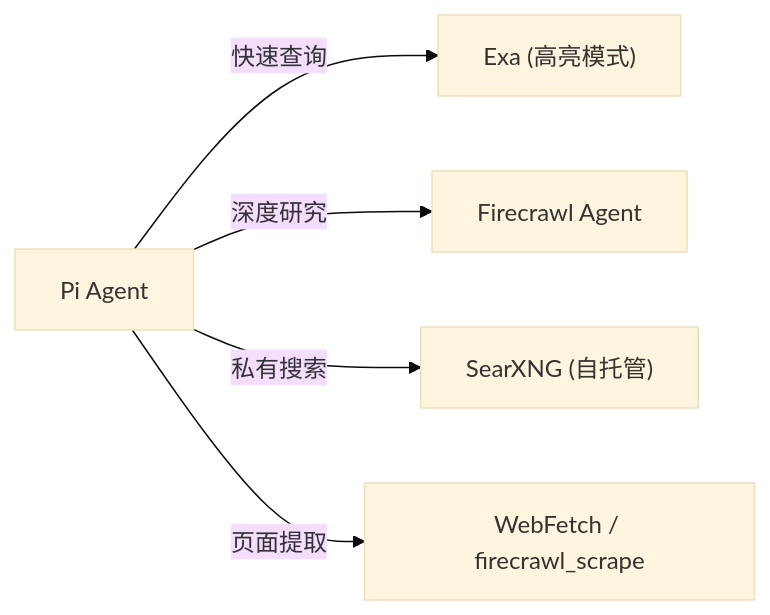
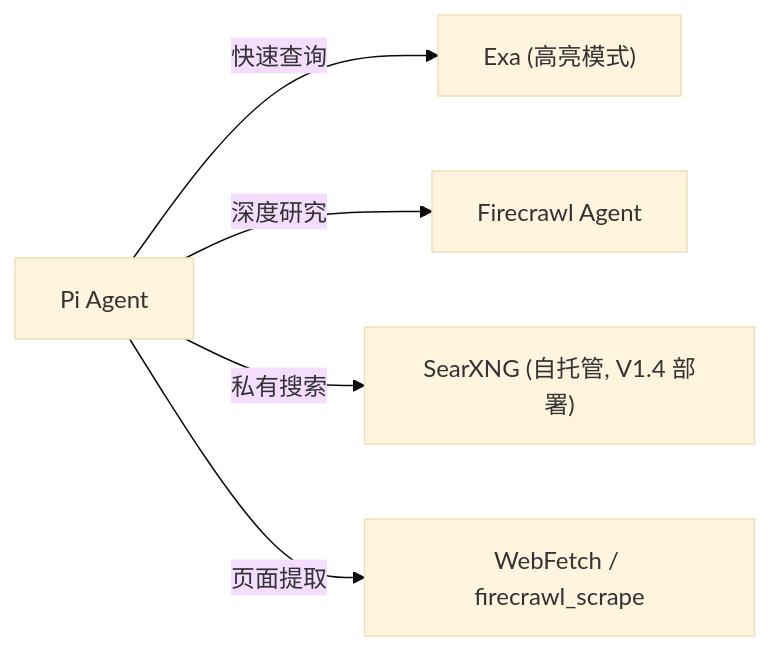
One commit to int2t05/Cognik changed the seventh of 9 diagrams in docs/ROADMAP.md. Above: the diagram before and after it, drawn with Mermaid (base theme). The commit also changed other lines of this file and 79 other files, not shown here.

First line of the commit message:
docs: ROADMAP 细化 V1.1-V1.4 版本规划 (#15)

````diff
--- a/docs/ROADMAP.md
+++ b/docs/ROADMAP.md
@@ -151,7 +336,7 @@
 ```mermaid
 flowchart LR
     AG["Pi Agent"] -->|"快速查询"| EXA["Exa (高亮模式)"]
     AG -->|"深度研究"| FC["Firecrawl Agent"]
-    AG -->|"私有搜索"| SX["SearXNG (自托管)"]
+    AG -->|"私有搜索"| SX["SearXNG (自托管, V1.4 部署)"]
     AG -->|"页面提取"| WF["WebFetch / firecrawl_scrape"]
 ```
````
